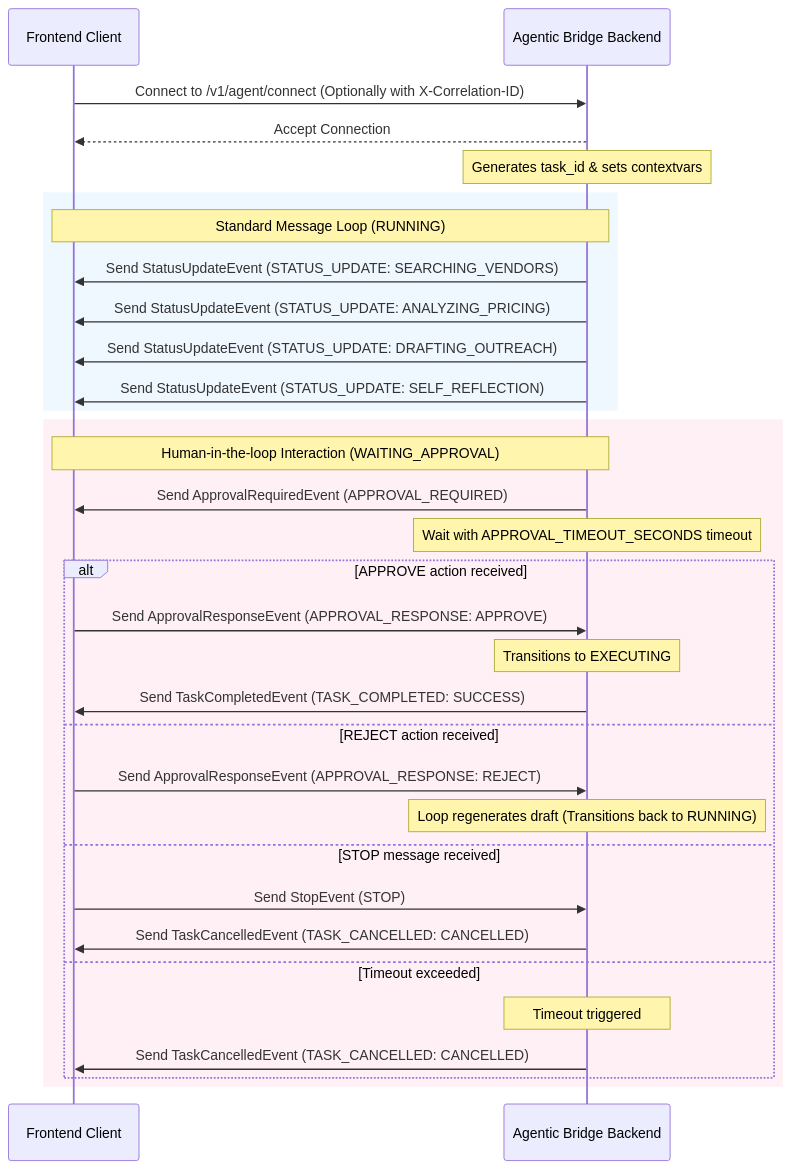
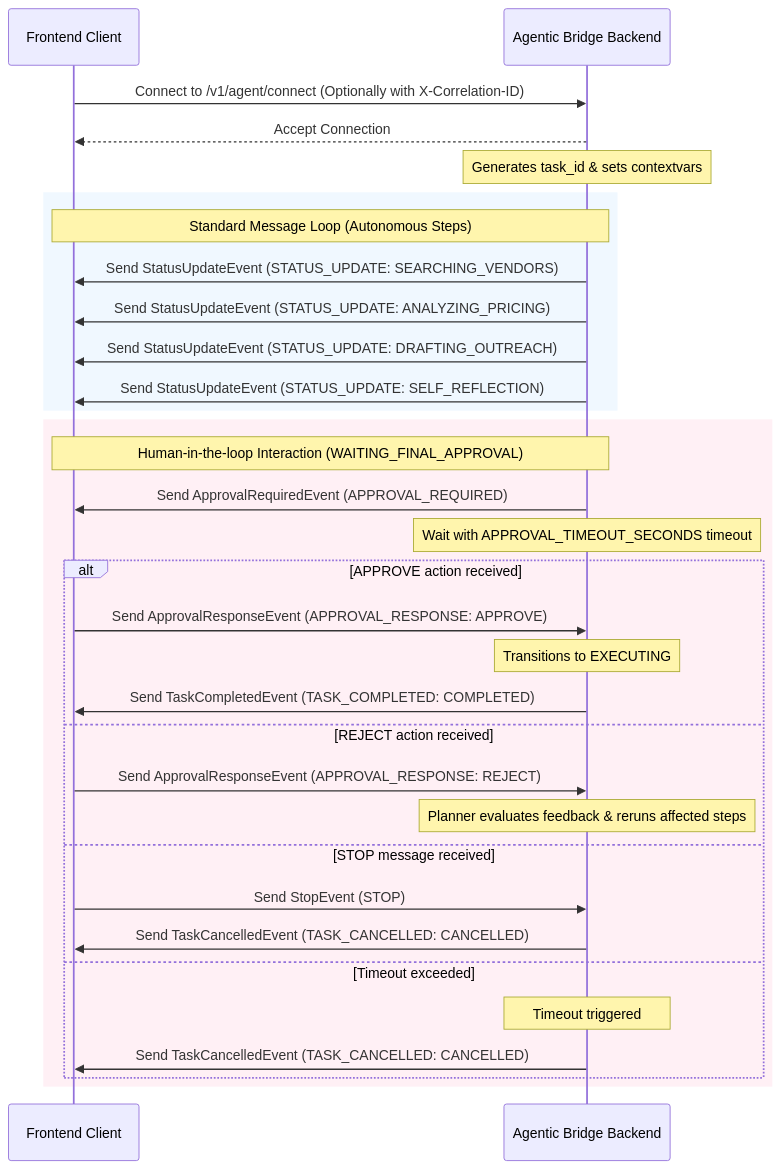
The second of 2 diagrams in backend/docs/websocket-architecture.md (devindersingh79904/agentic-communication-bridge), drawn with Mermaid before and after one commit. The commit also changed other lines of this file and 10 other files, not shown here.

Commit message:
refactor: rename task success state to COMPLETED and update human-in-the-loop transition nomenclature

````diff
--- a/backend/docs/websocket-architecture.md
+++ b/backend/docs/websocket-architecture.md
@@ -62,37 +59,37 @@
 ```mermaid
 sequenceDiagram
     participant Client as Frontend Client
     participant Server as Agentic Bridge Backend
     
     Client->>Server: Connect to /v1/agent/connect (Optionally with X-Correlation-ID)
     Server-->>Client: Accept Connection
     Note over Server: Generates task_id & sets contextvars
     
     rect rgb(240, 248, 255)
-        Note over Server, Client: Standard Message Loop (RUNNING)
+        Note over Server, Client: Standard Message Loop (Autonomous Steps)
         Server->>Client: Send StatusUpdateEvent (STATUS_UPDATE: SEARCHING_VENDORS)
         Server->>Client: Send StatusUpdateEvent (STATUS_UPDATE: ANALYZING_PRICING)
         Server->>Client: Send StatusUpdateEvent (STATUS_UPDATE: DRAFTING_OUTREACH)
         Server->>Client: Send StatusUpdateEvent (STATUS_UPDATE: SELF_REFLECTION)
     end
 
     rect rgb(255, 240, 245)
-        Note over Server, Client: Human-in-the-loop Interaction (WAITING_APPROVAL)
+        Note over Server, Client: Human-in-the-loop Interaction (WAITING_FINAL_APPROVAL)
         Server->>Client: Send ApprovalRequiredEvent (APPROVAL_REQUIRED)
         Note over Server: Wait with APPROVAL_TIMEOUT_SECONDS timeout
         alt APPROVE action received
             Client->>Server: Send ApprovalResponseEvent (APPROVAL_RESPONSE: APPROVE)
             Note over Server: Transitions to EXECUTING
-            Server->>Client: Send TaskCompletedEvent (TASK_COMPLETED: SUCCESS)
+            Server->>Client: Send TaskCompletedEvent (TASK_COMPLETED: COMPLETED)
         else REJECT action received
             Client->>Server: Send ApprovalResponseEvent (APPROVAL_RESPONSE: REJECT)
-            Note over Server: Loop regenerates draft (Transitions back to RUNNING)
+            Note over Server: Planner evaluates feedback & reruns affected steps
         else STOP message received
             Client->>Server: Send StopEvent (STOP)
             Server->>Client: Send TaskCancelledEvent (TASK_CANCELLED: CANCELLED)
         else Timeout exceeded
             Note over Server: Timeout triggered
             Server->>Client: Send TaskCancelledEvent (TASK_CANCELLED: CANCELLED)
         end
     end
 ```
````
